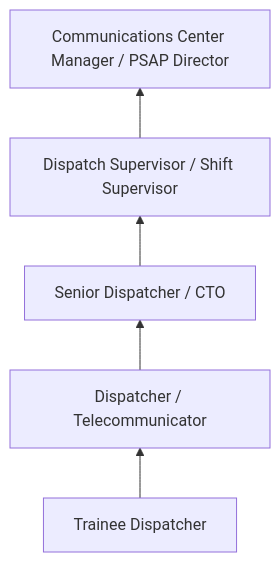
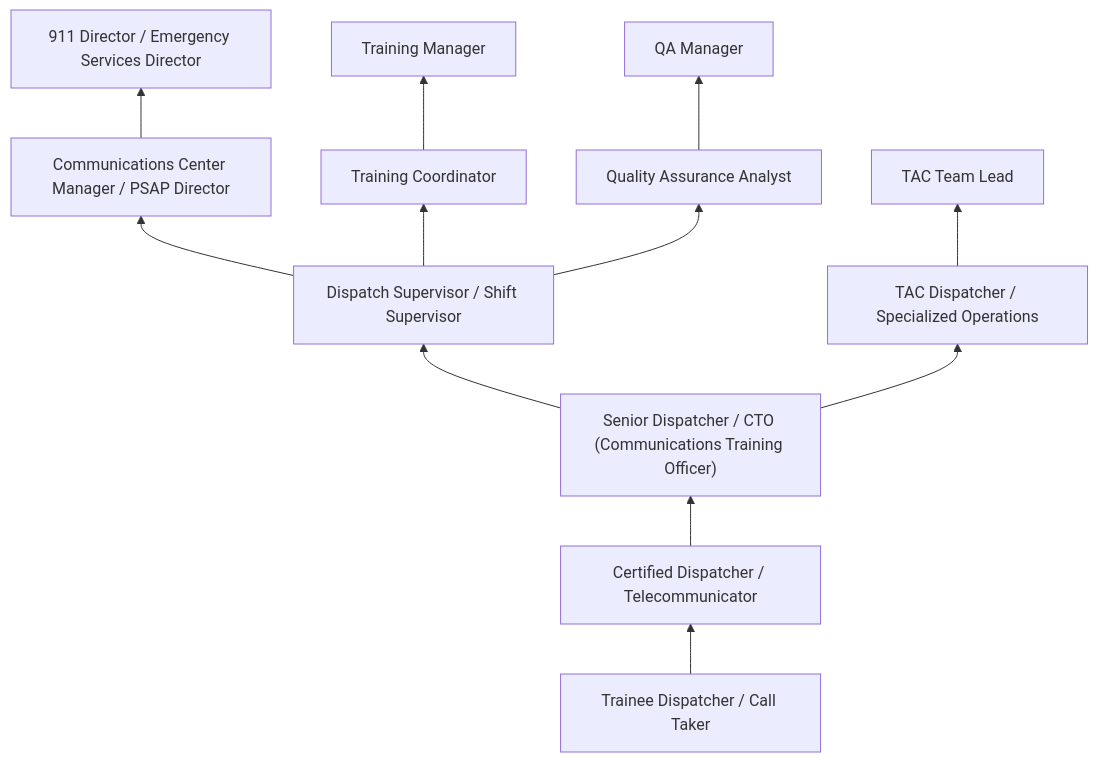
The third of 4 diagrams in occupations/Administrative/PublicSafetyTelecommunicators.mdx (kziemski/business.org.ai), drawn with Mermaid before and after one commit. The commit also changed other lines of this file and 19 other files, not shown here.

````diff
--- a/occupations/Administrative/PublicSafetyTelecommunicators.mdx
+++ b/occupations/Administrative/PublicSafetyTelecommunicators.mdx
@@ -77,7 +138,17 @@
 ```mermaid
 graph BT
-    Entry["Trainee Dispatcher"] --> Mid["Dispatcher / Telecommunicator"]
-    Mid --> Senior["Senior Dispatcher / CTO"]
+    Entry["Trainee Dispatcher / Call Taker"] --> Certified["Certified Dispatcher / Telecommunicator"]
+    Certified --> Senior["Senior Dispatcher / CTO (Communications Training Officer)"]
     Senior --> Supervisor["Dispatch Supervisor / Shift Supervisor"]
     Supervisor --> Manager["Communications Center Manager / PSAP Director"]
+    Manager --> Director["911 Director / Emergency Services Director"]
+
+    Senior --> TAC["TAC Dispatcher / Specialized Operations"]
+    TAC --> TACLead["TAC Team Lead"]
+
+    Supervisor --> Training["Training Coordinator"]
+    Training --> TrainMgr["Training Manager"]
+
+    Supervisor --> QA["Quality Assurance Analyst"]
+    QA --> QAMgr["QA Manager"]
 ```
````
